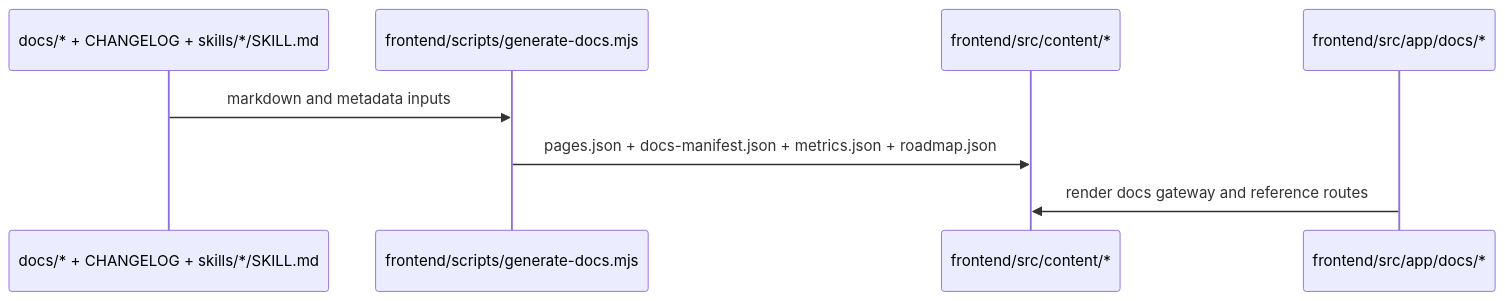
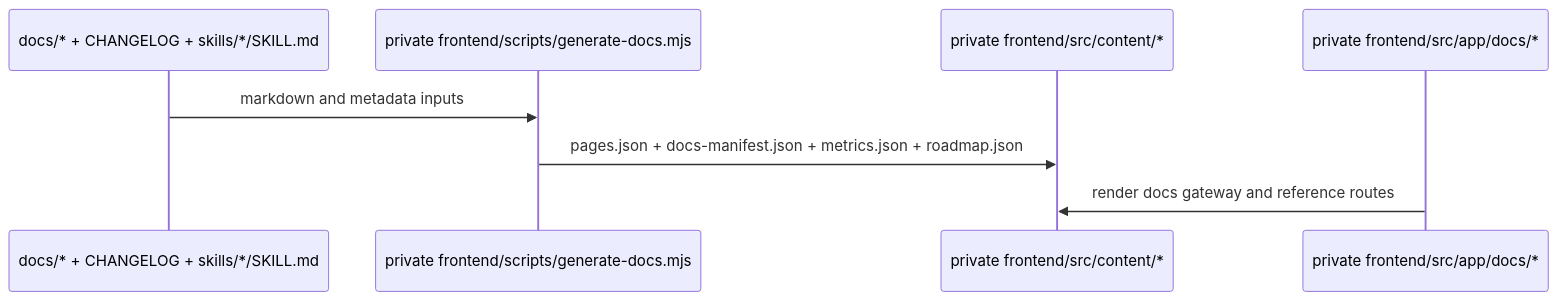
Before and after one commit to freshtechbro/opendevbrowser: the fourth of 4 diagrams in docs/ARCHITECTURE.md, drawn with Mermaid. The commit also changed other lines of this file and 15 other files, not shown here.

````diff
--- a/docs/ARCHITECTURE.md
+++ b/docs/ARCHITECTURE.md
@@ -196,11 +196,11 @@
 ```mermaid
 sequenceDiagram
   participant Sources as docs/* + CHANGELOG + skills/*/SKILL.md
-  participant Generator as frontend/scripts/generate-docs.mjs
-  participant Content as frontend/src/content/*
-  participant Next as frontend/src/app/docs/*
+  participant Generator as private frontend/scripts/generate-docs.mjs
+  participant Content as private frontend/src/content/*
+  participant Next as private frontend/src/app/docs/*
 
   Sources->>Generator: markdown and metadata inputs
   Generator->>Content: pages.json + docs-manifest.json + metrics.json + roadmap.json
   Next->>Content: render docs gateway and reference routes
 ```
````
